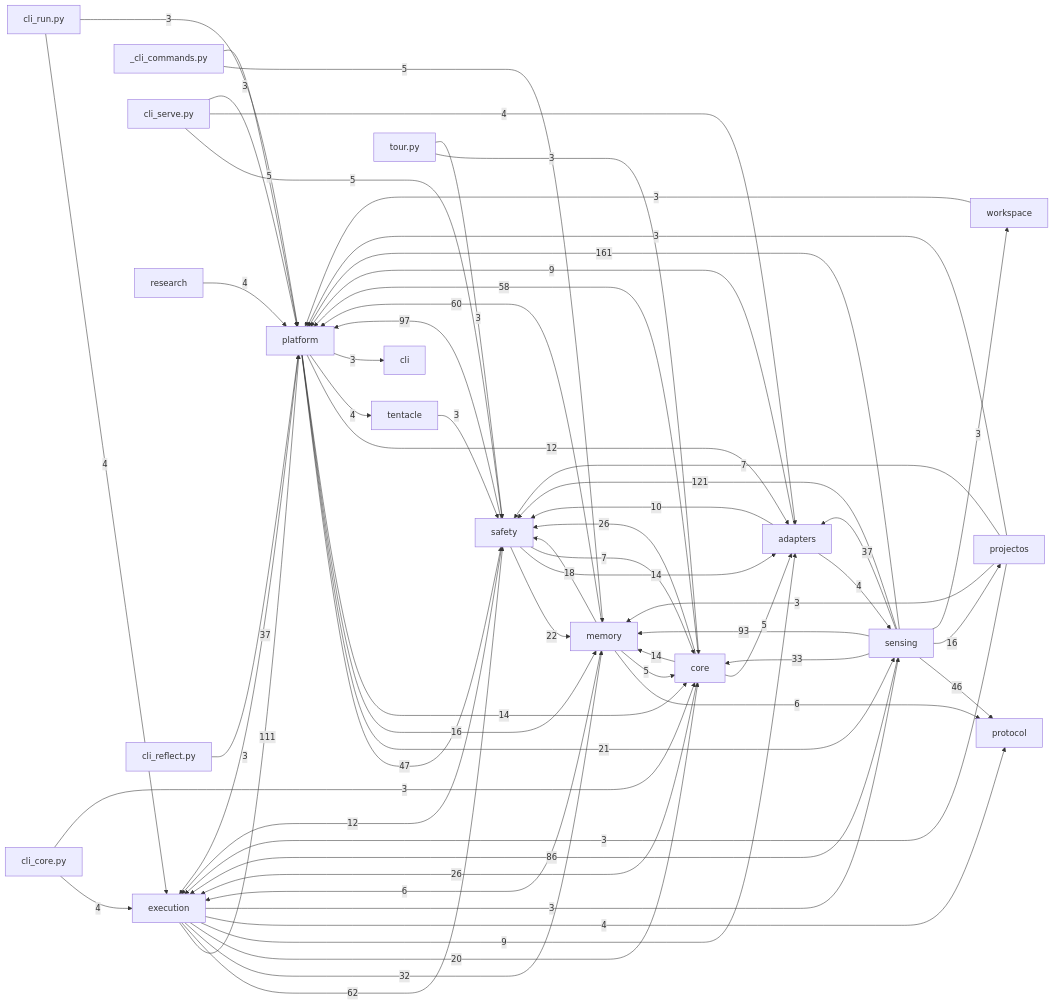
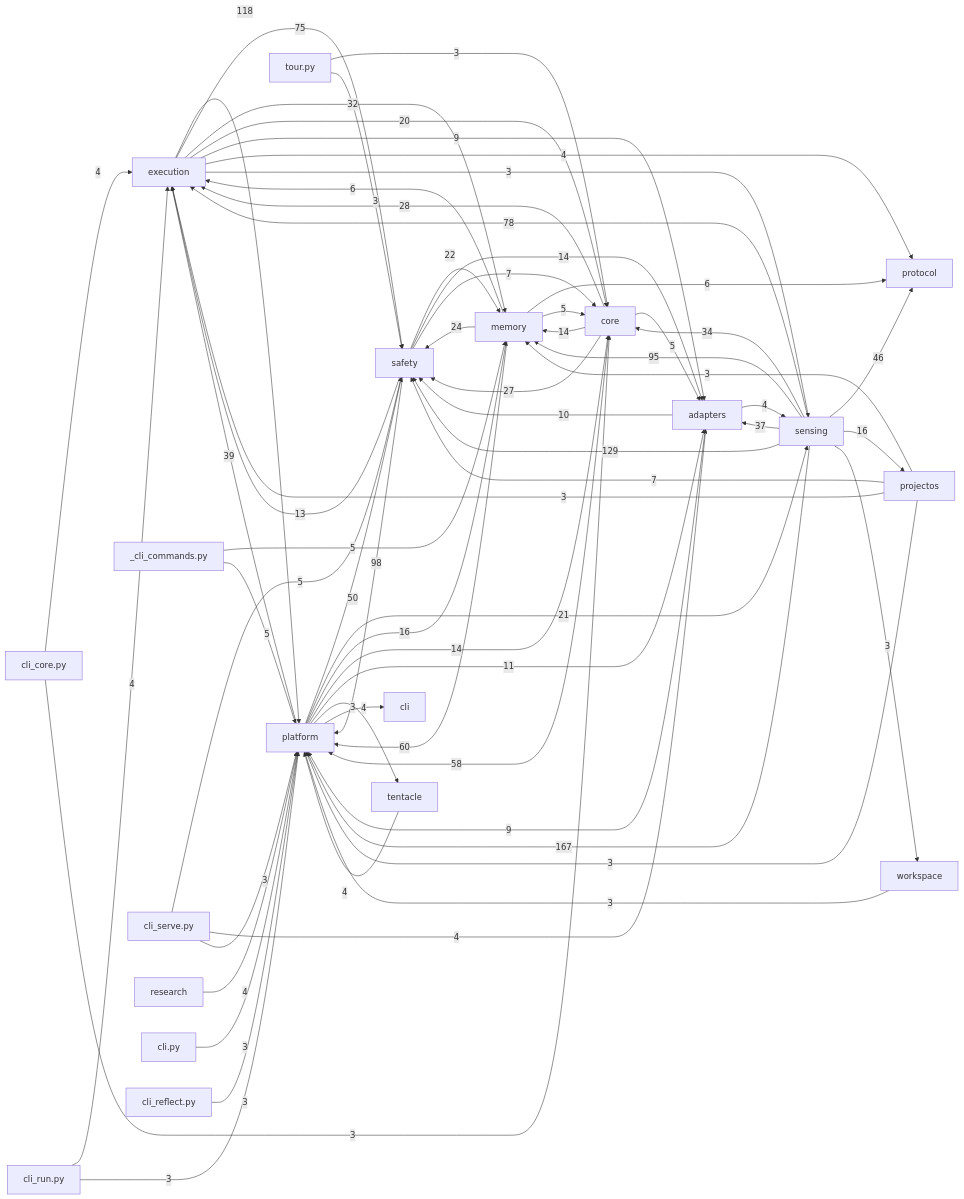
The diagram in docs/auto/20-backend/index.md (dengdenghua/octopus-agent), drawn with Mermaid before and after one commit. The commit also changed 811 other files, not shown here.

````diff
--- a/docs/auto/20-backend/index.md
+++ b/docs/auto/20-backend/index.md
@@ -26,71 +26,72 @@
 ```mermaid
 graph LR
   execution[execution]
   core[core]
   safety[safety]
   memory[memory]
   sensing[sensing]
   adapters[adapters]
   platform[platform]
-  sensing -- 161 --> platform
-  sensing -- 121 --> safety
-  execution -- 111 --> platform
-  safety -- 97 --> platform
-  sensing -- 93 --> memory
-  sensing -- 86 --> execution
-  execution -- 62 --> safety
+  sensing -- 167 --> platform
+  sensing -- 129 --> safety
+  execution -- 118 --> platform
+  safety -- 98 --> platform
+  sensing -- 95 --> memory
+  sensing -- 78 --> execution
+  execution -- 75 --> safety
   memory -- 60 --> platform
   core -- 58 --> platform
-  platform -- 47 --> safety
+  platform -- 50 --> safety
   sensing -- 46 --> protocol
-  platform -- 37 --> execution
+  platform -- 39 --> execution
   sensing -- 37 --> adapters
-  sensing -- 33 --> core
+  sensing -- 34 --> core
   execution -- 32 --> memory
-  core -- 26 --> execution
-  core -- 26 --> safety
+  core -- 28 --> execution
+  core -- 27 --> safety
+  memory -- 24 --> safety
   safety -- 22 --> memory
   platform -- 21 --> sensing
   execution -- 20 --> core
-  memory -- 18 --> safety
   platform -- 16 --> memory
   sensing -- 16 --> projectos
   core -- 14 --> memory
   platform -- 14 --> core
   safety -- 14 --> adapters
-  platform -- 12 --> adapters
-  safety -- 12 --> execution
+  safety -- 13 --> execution
+  platform -- 11 --> adapters
   adapters -- 10 --> safety
   adapters -- 9 --> platform
   execution -- 9 --> adapters
   projectos -- 7 --> safety
   safety -- 7 --> core
   memory -- 6 --> execution
   memory -- 6 --> protocol
   _cli_commands.py -- 5 --> memory
   _cli_commands.py -- 5 --> platform
   cli_serve.py -- 5 --> safety
   core -- 5 --> adapters
   memory -- 5 --> core
   adapters -- 4 --> sensing
   cli_core.py -- 4 --> execution
   cli_run.py -- 4 --> execution
   cli_serve.py -- 4 --> adapters
   execution -- 4 --> protocol
   platform -- 4 --> tentacle
   research -- 4 --> platform
+  tentacle -- 4 --> platform
+  cli.py -- 3 --> platform
   cli_core.py -- 3 --> core
   cli_reflect.py -- 3 --> platform
   cli_run.py -- 3 --> platform
   cli_serve.py -- 3 --> platform
   execution -- 3 --> sensing
   platform -- 3 --> cli
   projectos -- 3 --> execution
   projectos -- 3 --> memory
   projectos -- 3 --> platform
   sensing -- 3 --> workspace
-  tentacle -- 3 --> safety
   tour.py -- 3 --> core
   tour.py -- 3 --> safety
   workspace -- 3 --> platform
 ```
````
